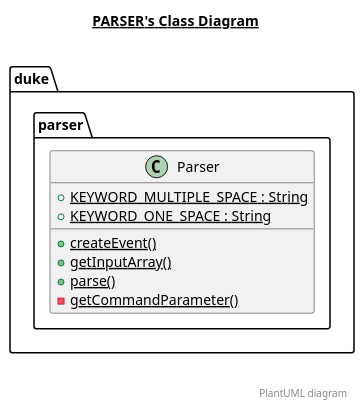
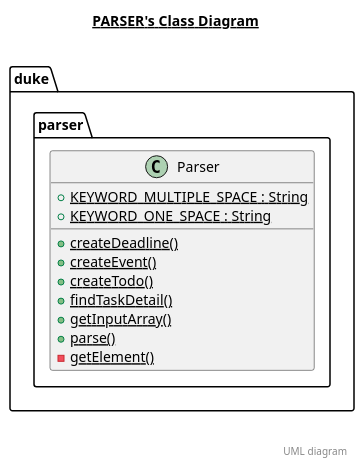
One commit to nus-tic4001-AY2021S1/ip changed the diagram in docs/diagrams/parser.plantuml. Above: the diagram before and after it, drawn with PlantUML. The commit also changed 12 other files, not shown here.

Commit message:
Edit command UML, Fix Storage issue

```diff
--- a/docs/diagrams/parser.plantuml
+++ b/docs/diagrams/parser.plantuml
@@ -1,27 +1,30 @@
 @startuml
 
 title __PARSER's Class Diagram__\n
 
   namespace duke {
     namespace parser {
       class duke.parser.Parser {
           {static} + KEYWORD_MULTIPLE_SPACE : String
           {static} + KEYWORD_ONE_SPACE : String
+          {static} + createDeadline()
           {static} + createEvent()
+          {static} + createTodo()
+          {static} + findTaskDetail()
           {static} + getInputArray()
           {static} + parse()
-          {static} - getCommandParameter()
+          {static} - getElement()
       }
     }
   }
   
 
 
 
 right footer
 
 
-PlantUML diagram
+UML diagram
 endfooter
 
 @enduml
```
